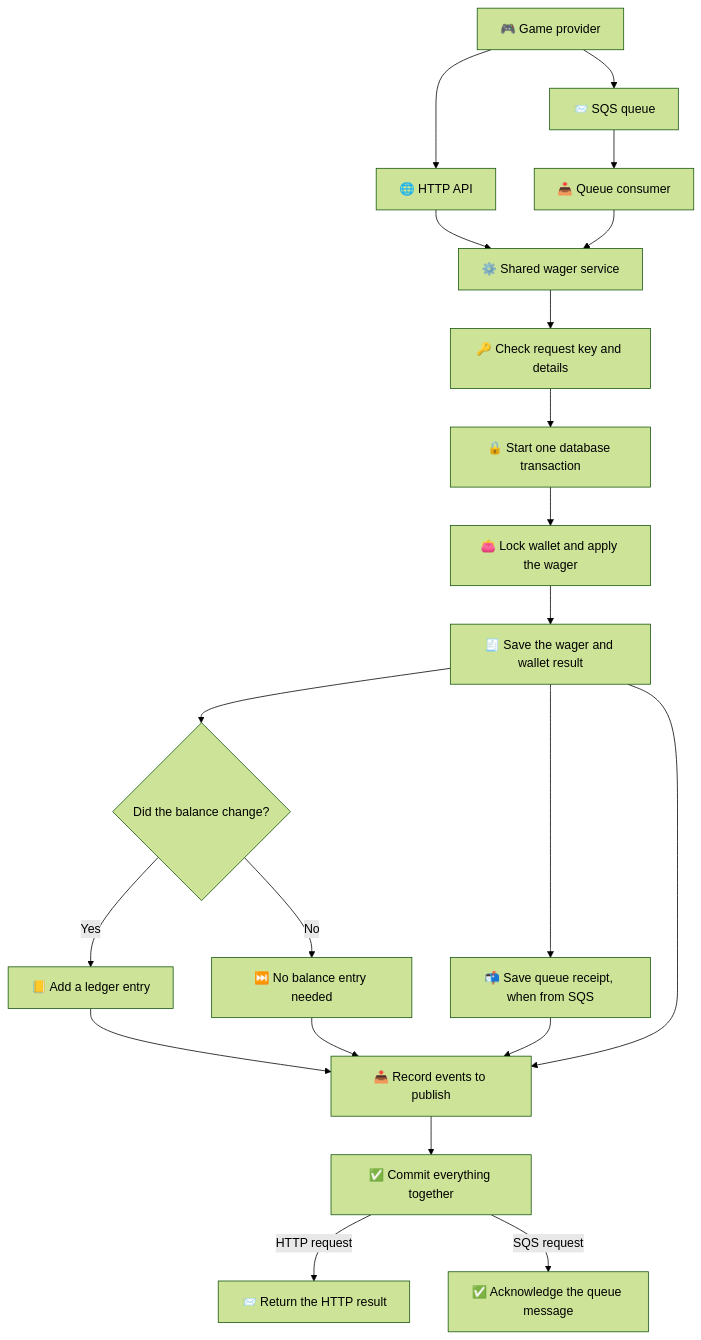
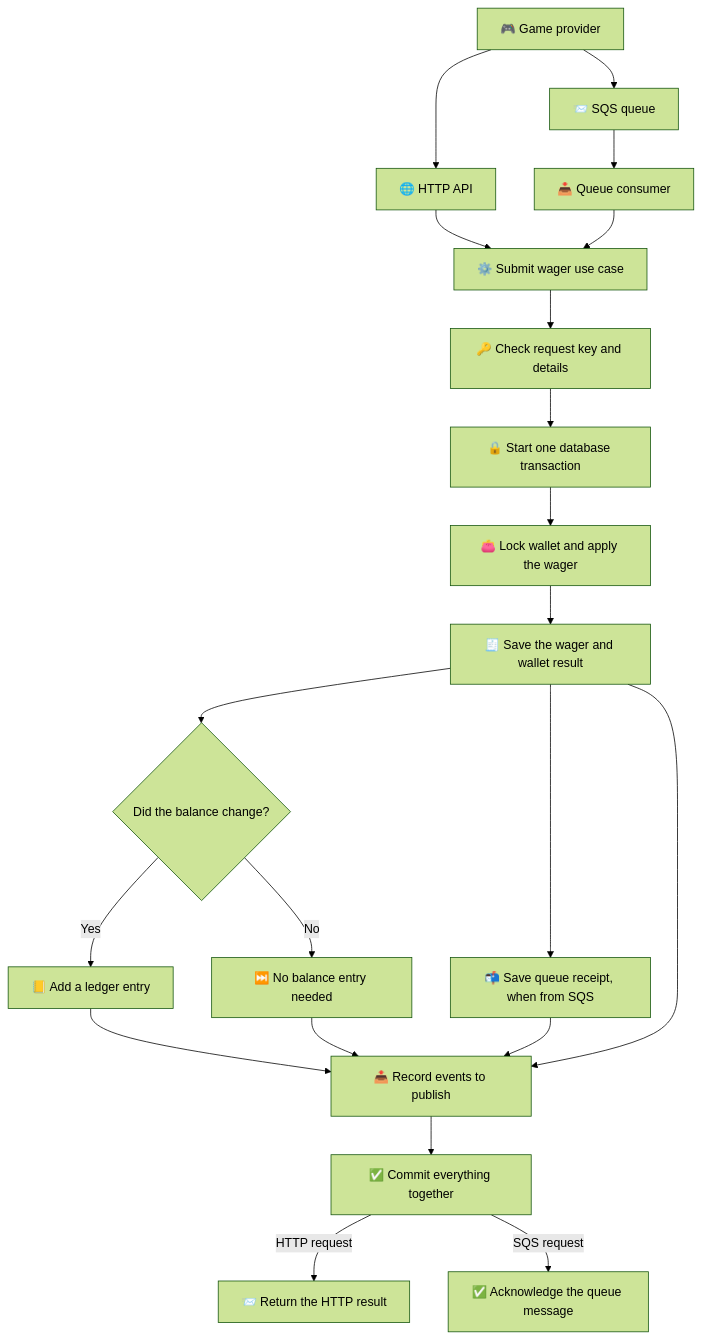
The first of 4 diagrams in README.md (darkfrontcode/Fortune-Tiger), drawn with Mermaid (forest theme) before and after one commit. The commit also changed other lines of this file and 76 other files, not shown here.

````diff
--- a/README.md
+++ b/README.md
@@ -69,23 +69,23 @@
 ```mermaid
 flowchart TD
     Provider["🎮 Game provider"] --> HTTP["🌐 HTTP API"]
     Provider --> Queue["📨 SQS queue"]
-    HTTP --> Service["⚙️ Shared wager service"]
+    HTTP --> UseCase["⚙️ Submit wager use case"]
     Queue --> Consumer["📥 Queue consumer"]
-    Consumer --> Service
-    Service --> Hash["🔑 Check request key and details"]
+    Consumer --> UseCase
+    UseCase --> Hash["🔑 Check request key and details"]
     Hash --> Transaction["🔒 Start one database transaction"]
     Transaction --> Wallet["👛 Lock wallet and apply the wager"]
     Wallet --> Records["🧾 Save the wager and wallet result"]
     Records --> Ledger{"Did the balance change?"}
     Ledger -->|Yes| Entry["📒 Add a ledger entry"]
     Ledger -->|No| Skip["⏭️ No balance entry needed"]
     Records --> Inbox["📬 Save queue receipt, when from SQS"]
     Entry --> Outbox["📤 Record events to publish"]
     Skip --> Outbox
     Inbox --> Outbox
     Records --> Outbox
     Outbox --> Commit["✅ Commit everything together"]
     Commit -->|HTTP request| Response["📨 Return the HTTP result"]
     Commit -->|SQS request| Ack["✅ Acknowledge the queue message"]
 ```
````
